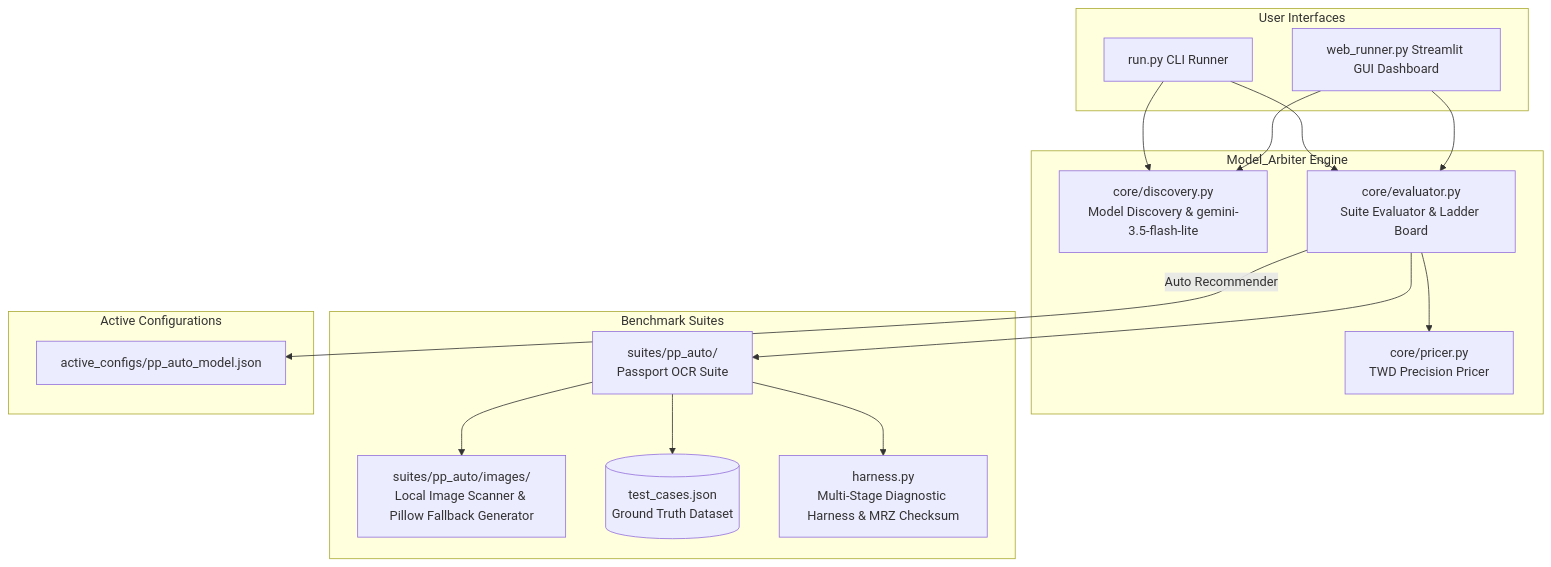
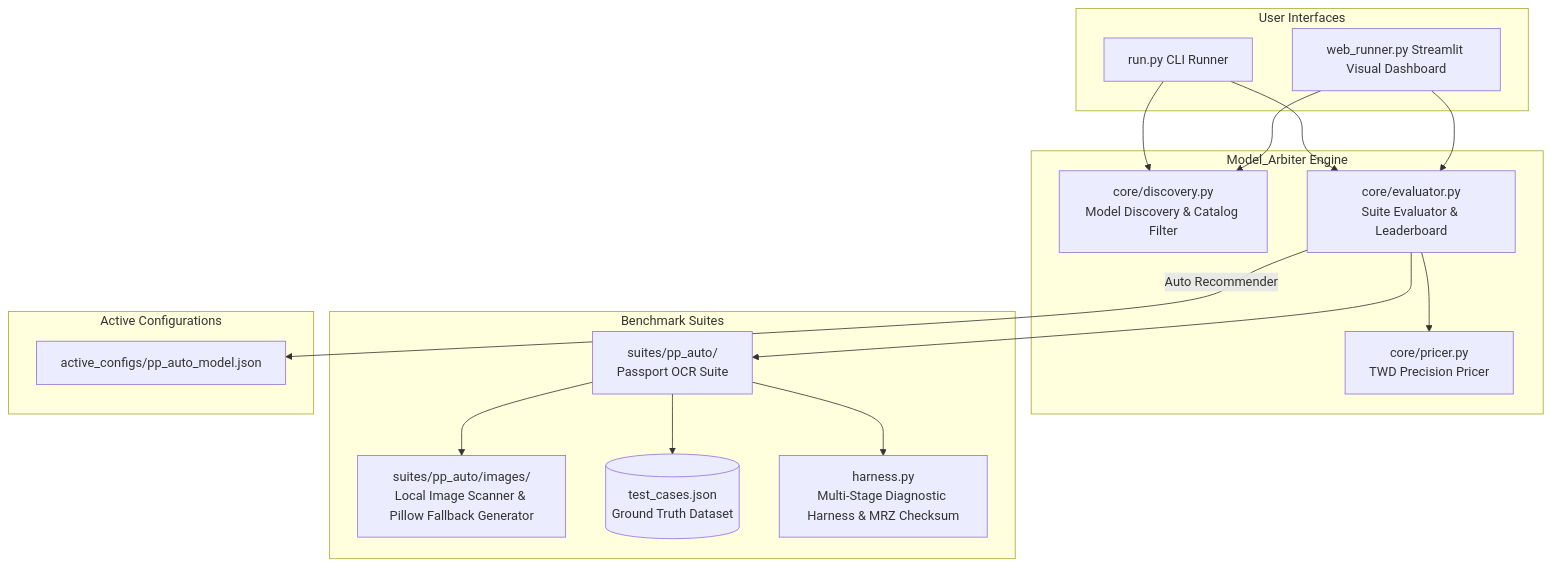
The diagram in HANDBOOK.md (voyagermartin/Model_Arbiter), drawn with Mermaid before and after one commit. The commit also changed other lines of this file, not shown here.

````diff
--- a/HANDBOOK.md
+++ b/HANDBOOK.md
@@ -19,35 +20,35 @@
 ```mermaid
 flowchart TD
     subgraph UserInterface [User Interfaces]
         CLI[run.py CLI Runner]
-        WEB[web_runner.py Streamlit GUI Dashboard]
+        WEB[web_runner.py Streamlit Visual Dashboard]
     end
 
     subgraph CoreEngine [Model_Arbiter Engine]
-        DISC[core/discovery.py\nModel Discovery & gemini-3.5-flash-lite]
+        DISC[core/discovery.py\nModel Discovery & Catalog Filter]
         PRICER[core/pricer.py\nTWD Precision Pricer]
-        EVAL[core/evaluator.py\nSuite Evaluator & Ladder Board]
+        EVAL[core/evaluator.py\nSuite Evaluator & Leaderboard]
     end
 
     subgraph BenchmarkSuites [Benchmark Suites]
         PP[suites/pp_auto/\nPassport OCR Suite]
         IMG[suites/pp_auto/images/\nLocal Image Scanner & Pillow Fallback Generator]
         GT[(test_cases.json\nGround Truth Dataset)]
         HARNESS[harness.py\nMulti-Stage Diagnostic Harness & MRZ Checksum]
     end
 
     subgraph OutputConfig [Active Configurations]
         CFG[active_configs/pp_auto_model.json]
     end
 
     CLI --> DISC
     CLI --> EVAL
     WEB --> DISC
     WEB --> EVAL
     EVAL --> PP
     PP --> IMG
     PP --> GT
     PP --> HARNESS
     EVAL --> PRICER
     EVAL -->|Auto Recommender| CFG
 ```
````
